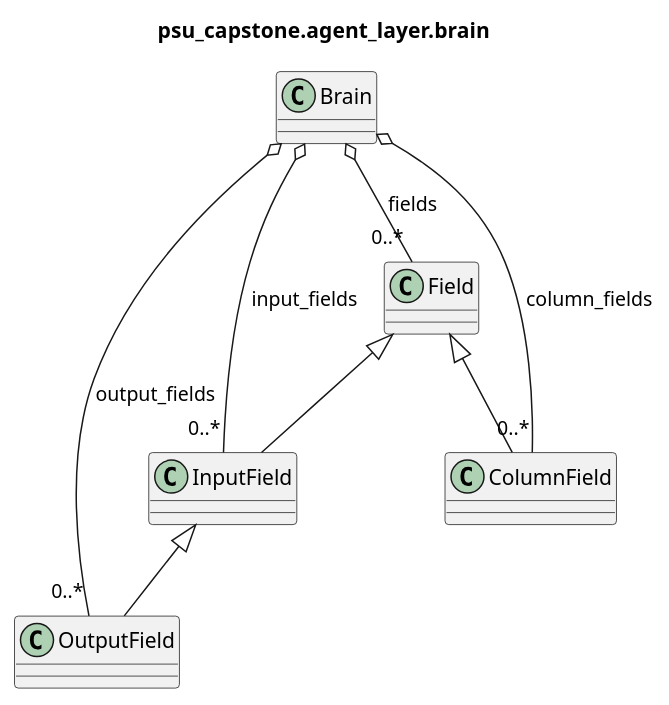
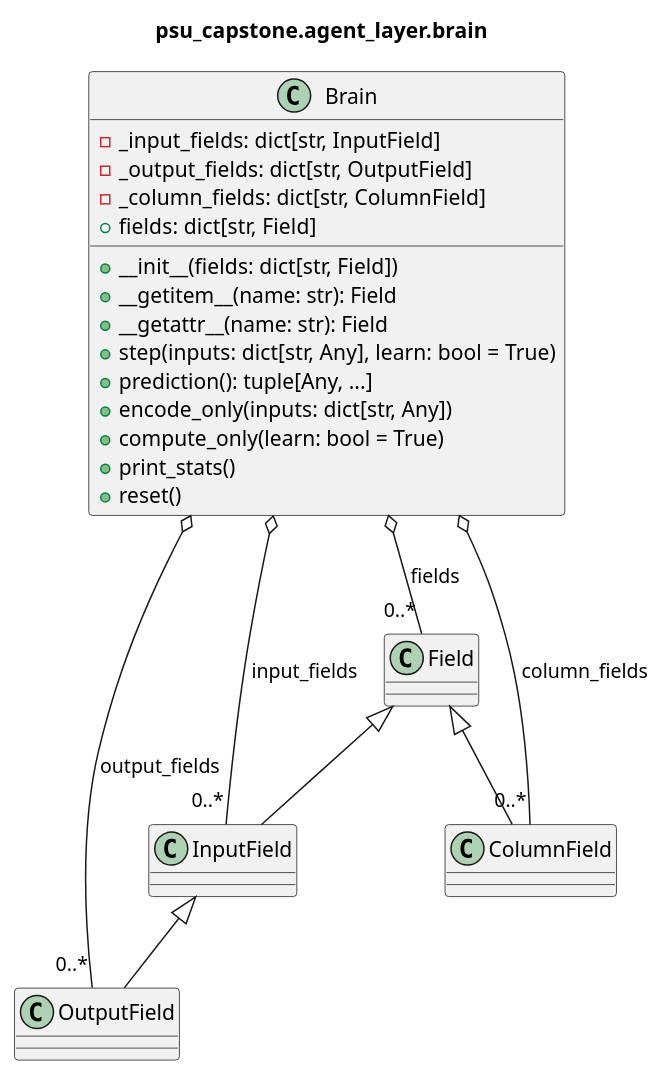
One commit to egrembocki/htmrl changed the diagram in docs/puml/psu_capstone/agent_layer/brain.puml. Above: the diagram before and after it, drawn with PlantUML. The commit also changed 21 other files, not shown here.

Commit message:
Update UML diagrams with attributes and methods

```diff
--- a/docs/puml/psu_capstone/agent_layer/brain.puml
+++ b/docs/puml/psu_capstone/agent_layer/brain.puml
@@ -1,20 +1,34 @@
 @startuml
 
 title psu_capstone.agent_layer.brain
 
-class Brain
+class Brain {
+  -_input_fields: dict[str, InputField]
+  -_output_fields: dict[str, OutputField]
+  -_column_fields: dict[str, ColumnField]
+  +fields: dict[str, Field]
+  +__init__(fields: dict[str, Field])
+  +__getitem__(name: str): Field
+  +__getattr__(name: str): Field
+  +step(inputs: dict[str, Any], learn: bool = True)
+  +prediction(): tuple[Any, ...]
+  +encode_only(inputs: dict[str, Any])
+  +compute_only(learn: bool = True)
+  +print_stats()
+  +reset()
+}
 class Field
 class InputField
 class OutputField
 class ColumnField
 
 Field <|-- InputField
 InputField <|-- OutputField
 Field <|-- ColumnField
 
 Brain o-- "0..*" InputField : input_fields
 Brain o-- "0..*" OutputField : output_fields
 Brain o-- "0..*" ColumnField : column_fields
 Brain o-- "0..*" Field : fields
 
 @enduml
```
